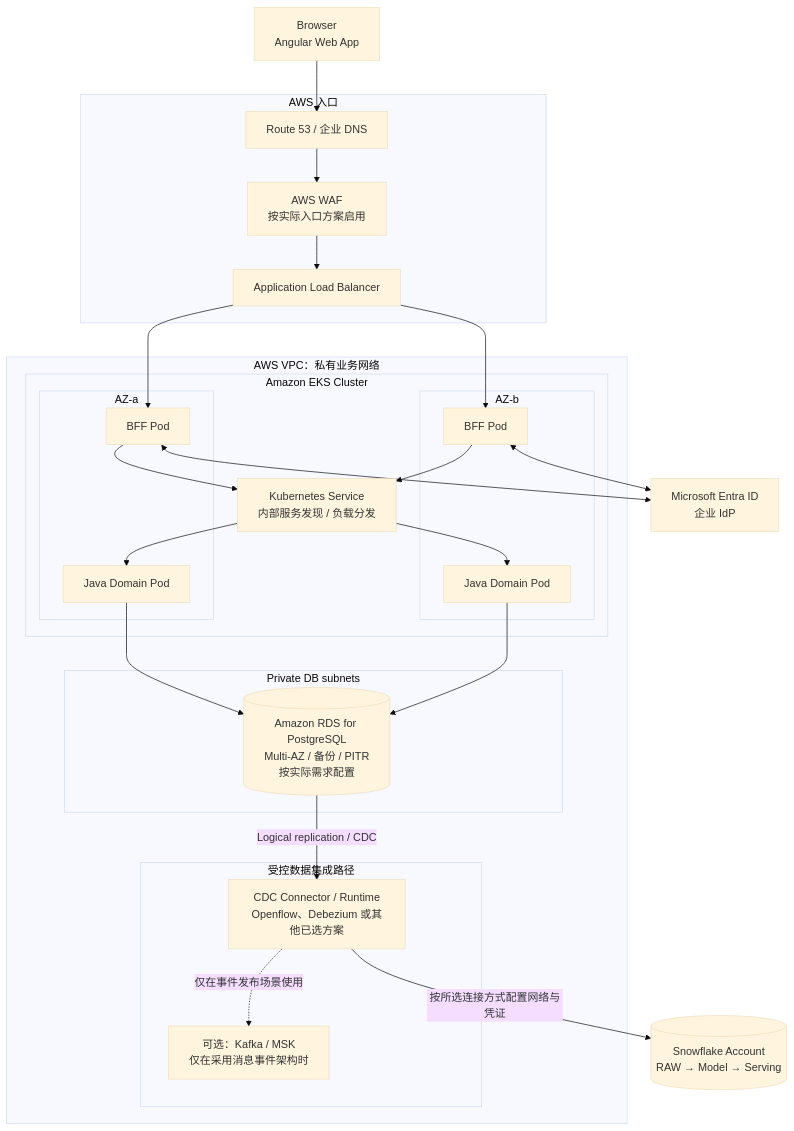
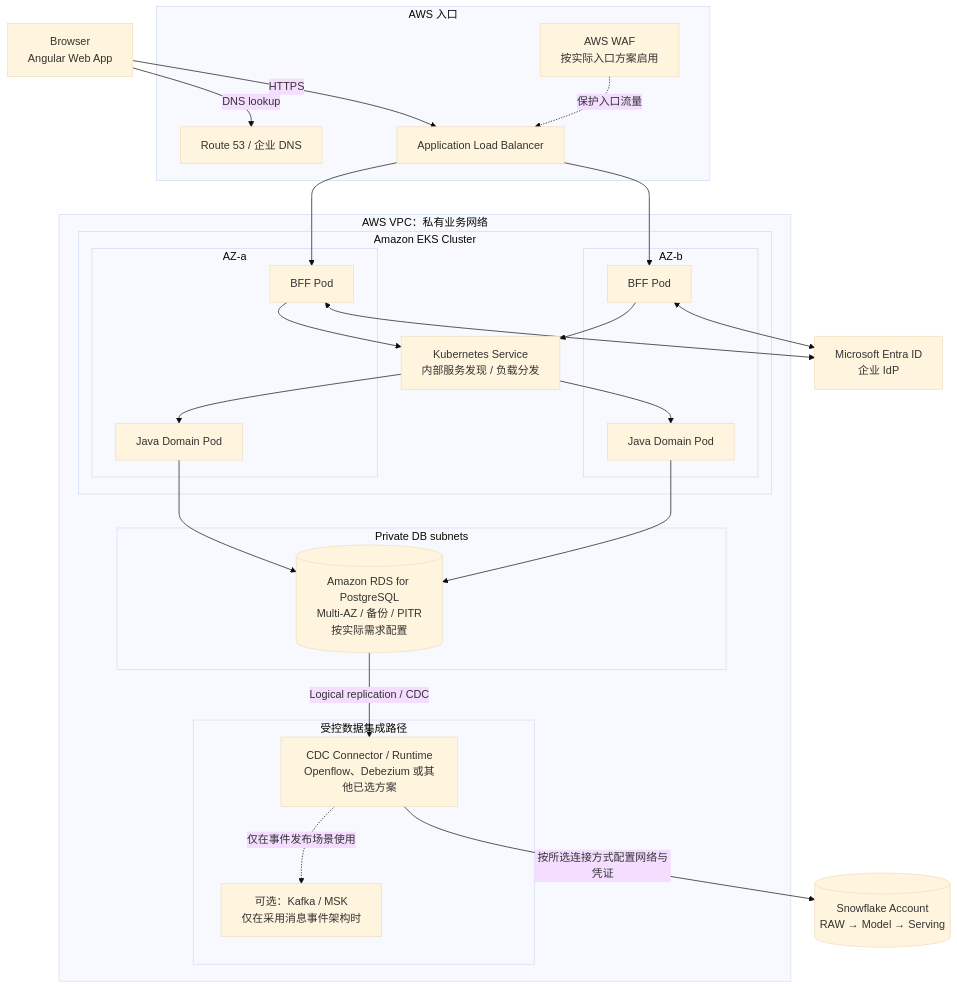
The second of 10 diagrams in src/content/blog/financial-services-cqrs-postgres-snowflake.md (devweekly/devweekly.github.io), drawn with Mermaid (base theme) before and after one commit.

Commit message:
Correct AWS deployment diagram DNS and WAF flow

````diff
--- a/src/content/blog/financial-services-cqrs-postgres-snowflake.md
+++ b/src/content/blog/financial-services-cqrs-postgres-snowflake.md
@@ -61,50 +61,52 @@
 ```mermaid
 flowchart TB
     Browser["Browser<br/>Angular Web App"]
     Entra["Microsoft Entra ID<br/>企业 IdP"]
 
     subgraph Edge["AWS 入口"]
         DNS["Route 53 / 企业 DNS"]
         WAF["AWS WAF<br/>按实际入口方案启用"]
         ALB["Application Load Balancer"]
     end
 
     subgraph VPC["AWS VPC：私有业务网络"]
         subgraph EKS["Amazon EKS Cluster"]
             subgraph AZa["AZ-a"]
                 BFFa["BFF Pod"]
                 Domaina["Java Domain Pod"]
             end
             subgraph AZb["AZ-b"]
                 BFFb["BFF Pod"]
                 Domainb["Java Domain Pod"]
             end
             InternalSvc["Kubernetes Service<br/>内部服务发现 / 负载分发"]
         end
 
         subgraph DBSubnet["Private DB subnets"]
             RDS[("Amazon RDS for PostgreSQL<br/>Multi-AZ / 备份 / PITR<br/>按实际需求配置")]
         end
 
         subgraph Integration["受控数据集成路径"]
             Connector["CDC Connector / Runtime<br/>Openflow、Debezium 或其他已选方案"]
             Broker["可选：Kafka / MSK<br/>仅在采用消息事件架构时"]
         end
     end
 
     Snowflake[("Snowflake Account<br/>RAW → Model → Serving")]
-    Browser --> DNS --> WAF --> ALB
+    Browser -->|"DNS lookup"| DNS
+    Browser -->|"HTTPS"| ALB
+    WAF -. "保护入口流量" .-> ALB
     ALB --> BFFa
     ALB --> BFFb
     BFFa <--> Entra
     BFFb <--> Entra
     BFFa --> InternalSvc
     BFFb --> InternalSvc
     InternalSvc --> Domaina
     InternalSvc --> Domainb
     Domaina --> RDS
     Domainb --> RDS
     RDS -->|"Logical replication / CDC"| Connector
     Connector -. "仅在事件发布场景使用" .-> Broker
     Connector -->|"按所选连接方式配置网络与凭证"| Snowflake
 ```
````
